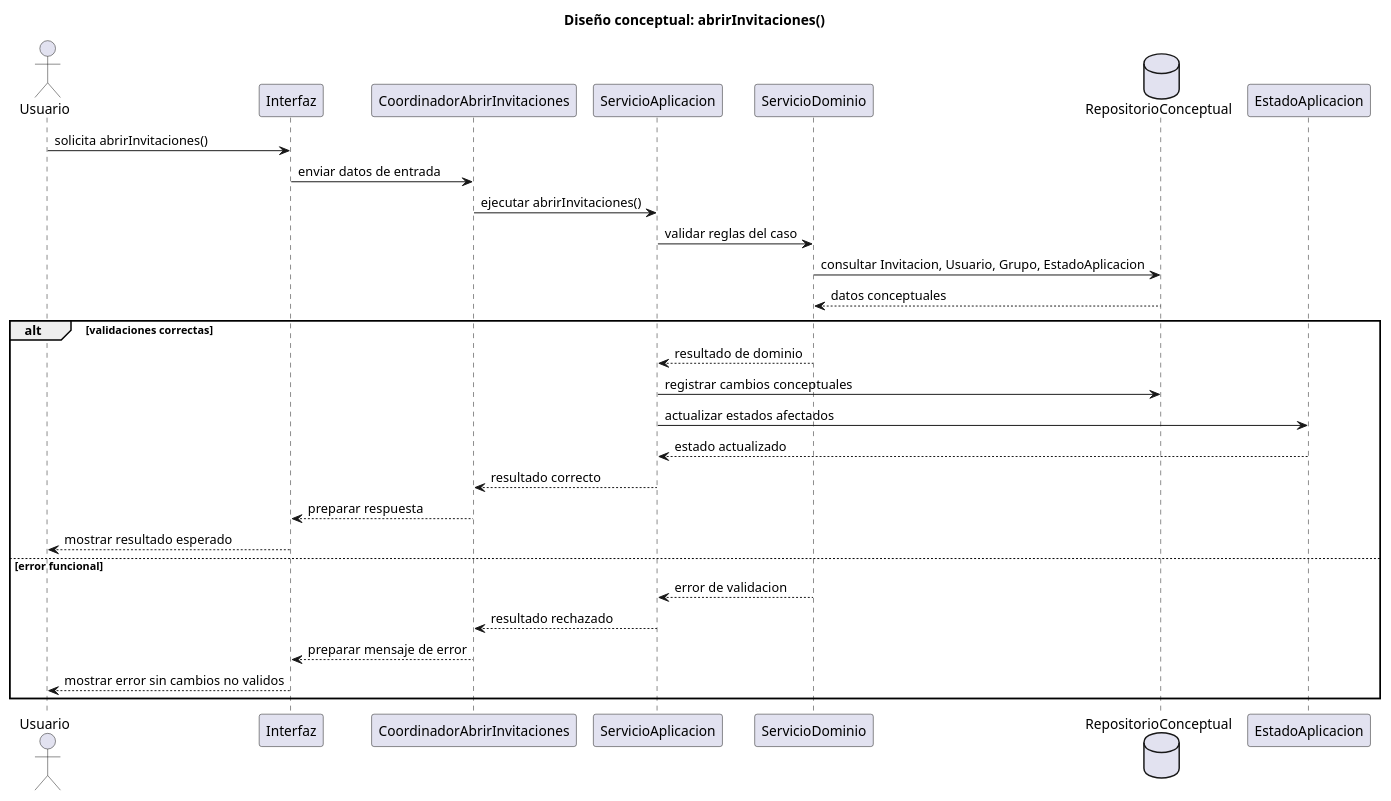
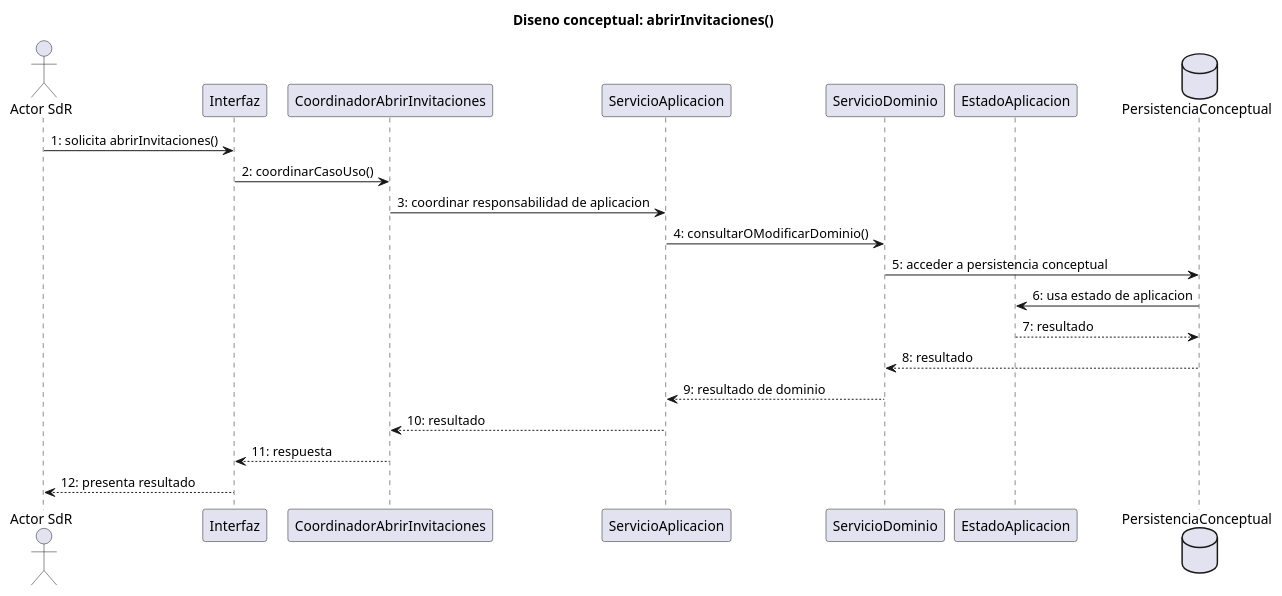
One commit to inigovaqueroo04/25-26-idsw2-sdVC changed the diagram in documents/RUP/02-diseño/casos-uso/gestion-grupos/abrirInvitaciones/README.md. Above: the diagram before and after it, drawn with PlantUML. The commit also changed other lines of this file and 24 other files, not shown here.

Commit message:
docs: validar trazabilidad integral de diseno

````diff
--- a/documents/RUP/02-diseño/casos-uso/gestion-grupos/abrirInvitaciones/README.md
+++ b/documents/RUP/02-diseño/casos-uso/gestion-grupos/abrirInvitaciones/README.md
@@ -84,36 +85,27 @@
 ```plantuml
 @startuml abrirInvitaciones-diseno-secuencia
-title Diseño conceptual: abrirInvitaciones()
+title Diseno conceptual: abrirInvitaciones()
 
-actor "Usuario" as Usuario
+actor "Actor SdR" as Actor
 participant "Interfaz" as Interfaz
 participant "CoordinadorAbrirInvitaciones" as Coordinador
 participant "ServicioAplicacion" as ServicioAplicacion
 participant "ServicioDominio" as ServicioDominio
-database "RepositorioConceptual" as Repositorio
 participant "EstadoAplicacion" as EstadoAplicacion
+database "PersistenciaConceptual" as Persistencia
 
-Usuario -> Interfaz : solicita abrirInvitaciones()
-Interfaz -> Coordinador : enviar datos de entrada
-Coordinador -> ServicioAplicacion : ejecutar abrirInvitaciones()
-ServicioAplicacion -> ServicioDominio : validar reglas del caso
-ServicioDominio -> Repositorio : consultar Invitacion, Usuario, Grupo, EstadoAplicacion
-Repositorio --> ServicioDominio : datos conceptuales
-
-alt validaciones correctas
-  ServicioDominio --> ServicioAplicacion : resultado de dominio
-  ServicioAplicacion -> Repositorio : registrar cambios conceptuales
-  ServicioAplicacion -> EstadoAplicacion : actualizar estados afectados
-  EstadoAplicacion --> ServicioAplicacion : estado actualizado
-  ServicioAplicacion --> Coordinador : resultado correcto
-  Coordinador --> Interfaz : preparar respuesta
-  Interfaz --> Usuario : mostrar resultado esperado
-else error funcional
-  ServicioDominio --> ServicioAplicacion : error de validacion
-  ServicioAplicacion --> Coordinador : resultado rechazado
-  Coordinador --> Interfaz : preparar mensaje de error
-  Interfaz --> Usuario : mostrar error sin cambios no validos
-end
+Actor -> Interfaz : 1: solicita abrirInvitaciones()
+Interfaz -> Coordinador : 2: coordinarCasoUso()
+Coordinador -> ServicioAplicacion : 3: coordinar responsabilidad de aplicacion
+ServicioAplicacion -> ServicioDominio : 4: consultarOModificarDominio()
+ServicioDominio -> Persistencia : 5: acceder a persistencia conceptual
+Persistencia -> EstadoAplicacion : 6: usa estado de aplicacion
+EstadoAplicacion --> Persistencia : 7: resultado
+Persistencia --> ServicioDominio : 8: resultado
+ServicioDominio --> ServicioAplicacion : 9: resultado de dominio
+ServicioAplicacion --> Coordinador : 10: resultado
+Coordinador --> Interfaz : 11: respuesta
+Interfaz --> Actor : 12: presenta resultado
 
 @enduml
 ```
````
